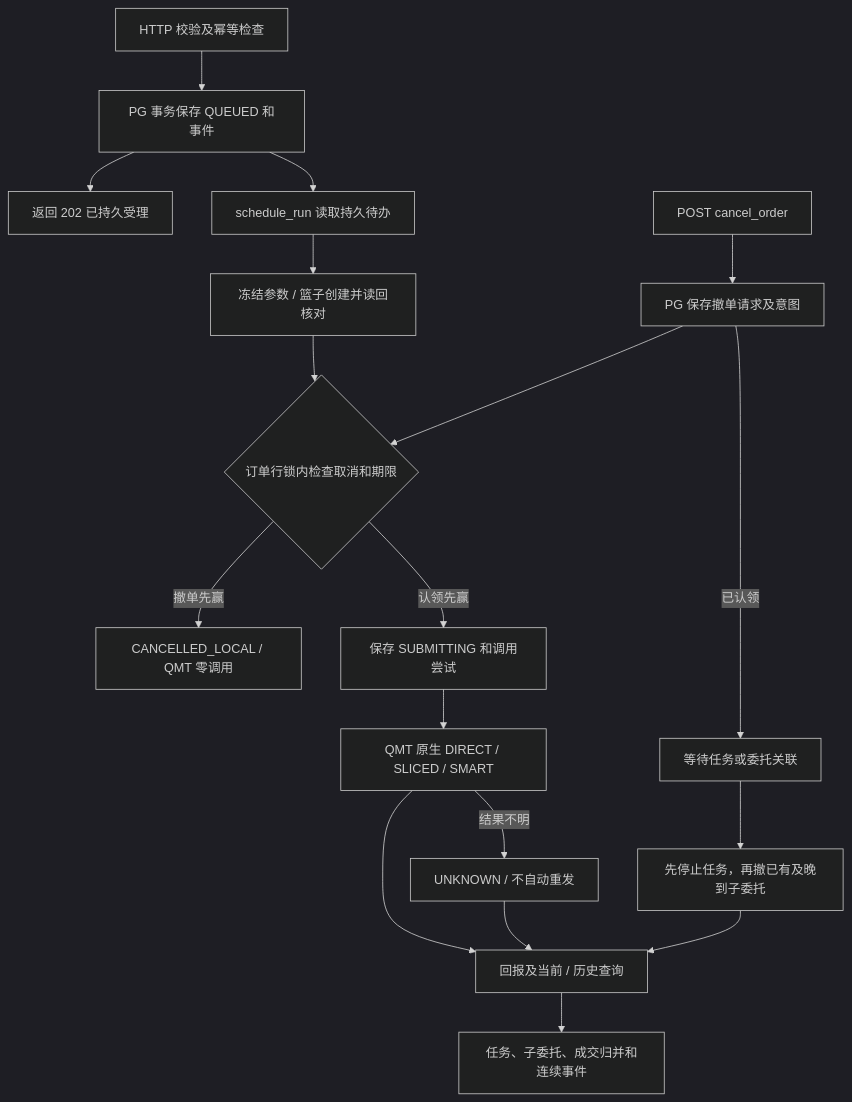
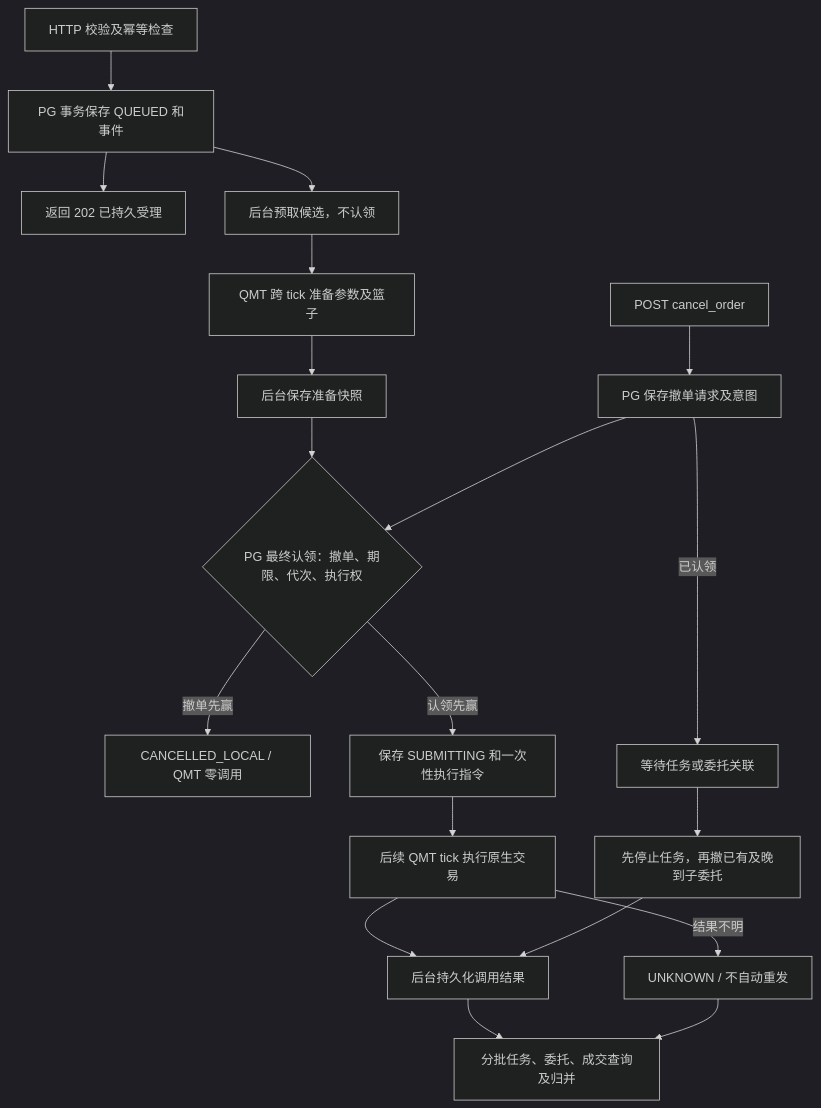
Before and after one commit to dcais/qmt-bridge: the diagram in docs/ORDER_DESIGN.md, drawn with Mermaid (dark theme). The commit also changed other lines of this file and 27 other files, not shown here.

````diff
--- a/docs/ORDER_DESIGN.md
+++ b/docs/ORDER_DESIGN.md
@@ -19,20 +23,21 @@
 ```mermaid
 flowchart TD
   H[HTTP 校验及幂等检查] --> T[PG 事务保存 QUEUED 和事件]
   T --> R[返回 202 已持久受理]
-  T --> S[schedule_run 读取持久待办]
-  S --> B[冻结参数 / 篮子创建并读回核对]
-  B --> C{订单行锁内检查取消和期限}
+  T --> F[后台预取候选，不认领]
+  F --> B[QMT 跨 tick 准备参数及篮子]
+  B --> P[后台保存准备快照]
+  P --> C{PG 最终认领：撤单、期限、代次、执行权}
   C -->|撤单先赢| L[CANCELLED_LOCAL / QMT 零调用]
-  C -->|认领先赢| U[保存 SUBMITTING 和调用尝试]
-  U --> Q[QMT 原生 DIRECT / SLICED / SMART]
-  Q --> O[回报及当前 / 历史查询]
-  O --> P[任务、子委托、成交归并和连续事件]
+  C -->|认领先赢| U[保存 SUBMITTING 和一次性执行指令]
+  U --> Q[后续 QMT tick 执行原生交易]
+  Q --> D[后台持久化调用结果]
+  D --> O[分批任务、委托、成交查询及归并]
   Q -->|结果不明| X[UNKNOWN / 不自动重发]
   X --> O
   K[POST cancel_order] --> I[PG 保存撤单请求及意图]
   I --> C
   I -->|已认领| W[等待任务或委托关联]
   W --> A[先停止任务，再撤已有及晚到子委托]
-  A --> O
+  A --> D
 ```
````
